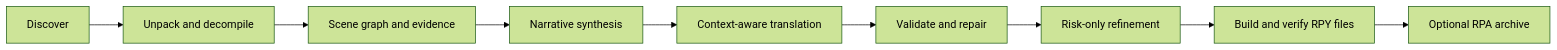
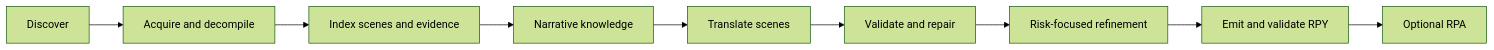
Before and after one commit to Mehael-Yeh/RenWeave: the diagram in README.md, drawn with Mermaid (forest theme). The commit also changed other lines of this file and 1 other file, not shown here.

````diff
--- a/README.md
+++ b/README.md
@@ -143,11 +191,11 @@
 ```mermaid
 flowchart LR
-    A[Discover] --> B[Unpack and decompile]
-    B --> C[Scene graph and evidence]
-    C --> D[Narrative synthesis]
-    D --> E[Context-aware translation]
+    A[Discover] --> B[Acquire and decompile]
+    B --> C[Index scenes and evidence]
+    C --> D[Narrative knowledge]
+    D --> E[Translate scenes]
     E --> F[Validate and repair]
-    F --> G[Risk-only refinement]
-    G --> H[Build and verify RPY files]
-    H --> I[Optional RPA archive]
+    F --> G[Risk-focused refinement]
+    G --> H[Emit and validate RPY]
+    H --> I[Optional RPA]
 ```
````
